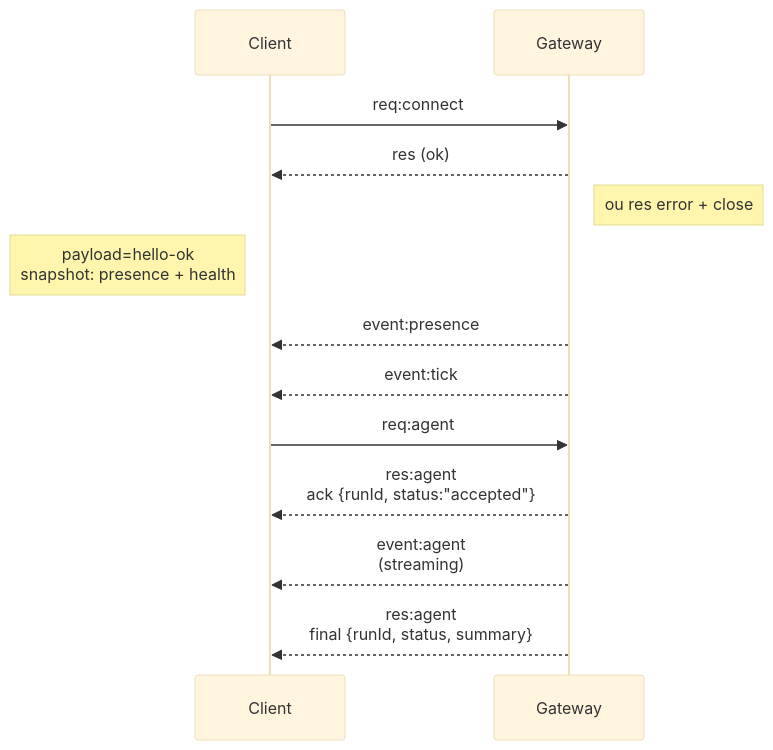
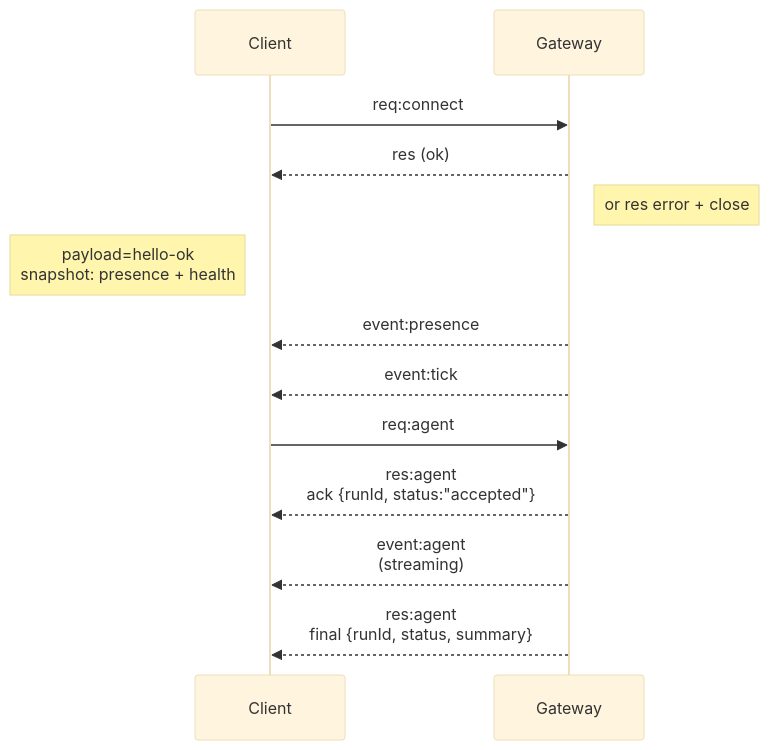
The diagram in docs/concepts/architecture.md (editzffaleta/OpenCraft), drawn with Mermaid (base theme) before and after one commit. The commit also changed other lines of this file and 2605 other files, not shown here.

````diff
--- a/docs/concepts/architecture.md
+++ b/docs/concepts/architecture.md
@@ -61,18 +61,18 @@
 ```mermaid
 sequenceDiagram
     participant Client
     participant Gateway
 
     Client->>Gateway: req:connect
     Gateway-->>Client: res (ok)
-    Note right of Gateway: ou res error + close
+    Note right of Gateway: or res error + close
     Note left of Client: payload=hello-ok<br>snapshot: presence + health
 
     Gateway-->>Client: event:presence
     Gateway-->>Client: event:tick
 
     Client->>Gateway: req:agent
     Gateway-->>Client: res:agent<br>ack {runId, status:"accepted"}
     Gateway-->>Client: event:agent<br>(streaming)
     Gateway-->>Client: res:agent<br>final {runId, status, summary}
 ```
````
